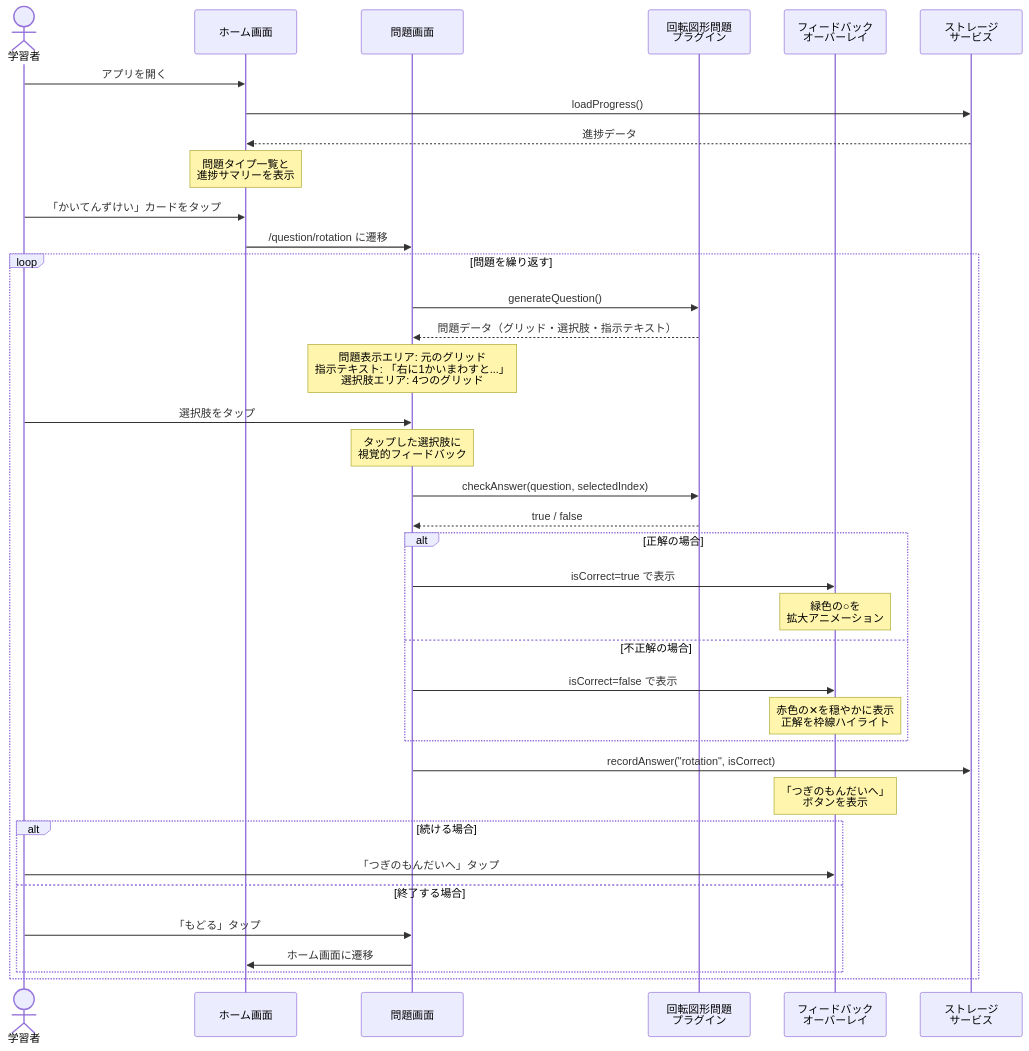
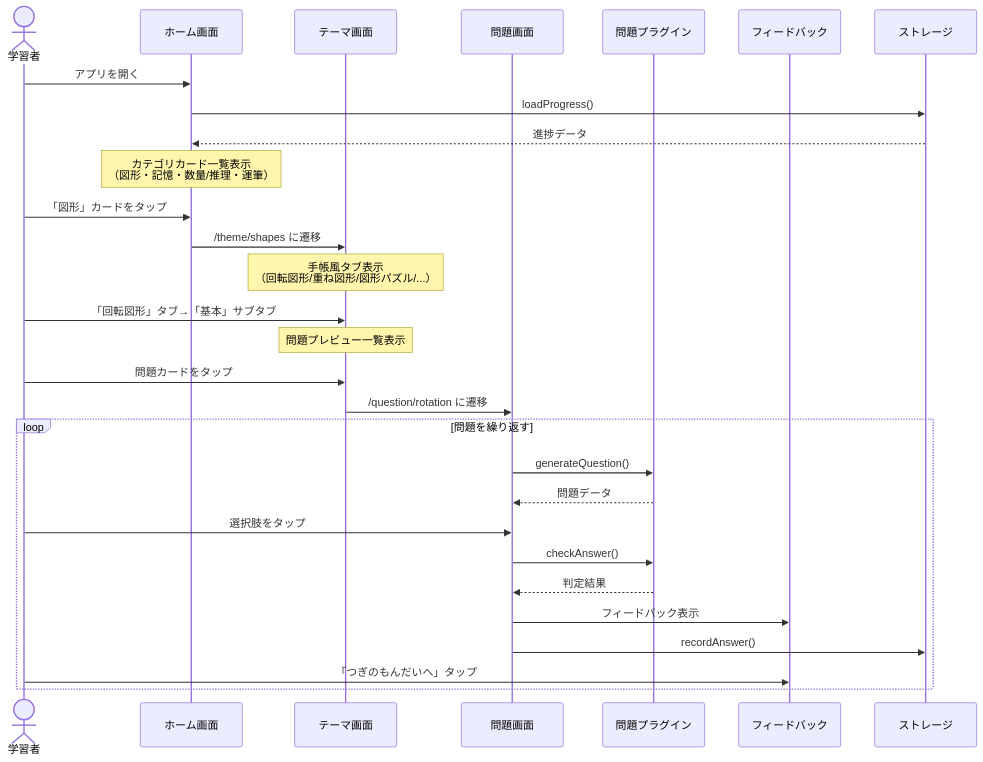
Before and after one commit to motani-info/minatore: the fourth of 9 diagrams in .kiro/specs/elementary-exam-app/design.md, drawn with Mermaid. The commit also changed other lines of this file and 3 other files, not shown here.

````diff
--- a/.kiro/specs/elementary-exam-app/design.md
+++ b/.kiro/specs/elementary-exam-app/design.md
@@ -153,46 +196,36 @@
 ```mermaid
 sequenceDiagram
     actor 学習者
     participant Home as ホーム画面
+    participant Theme as テーマ画面
     participant QScreen as 問題画面
-    participant Plugin as 回転図形問題<br/>プラグイン
-    participant Feedback as フィードバック<br/>オーバーレイ
-    participant Storage as ストレージ<br/>サービス
+    participant Plugin as 問題プラグイン
+    participant Feedback as フィードバック
+    participant Storage as ストレージ
 
     学習者->>Home: アプリを開く
     Home->>Storage: loadProgress()
     Storage-->>Home: 進捗データ
-    Note over Home: 問題タイプ一覧と<br/>進捗サマリーを表示
+    Note over Home: カテゴリカード一覧表示<br/>（図形・記憶・数量/推理・運筆）
 
-    学習者->>Home: 「かいてんずけい」カードをタップ
-    Home->>QScreen: /question/rotation に遷移
+    学習者->>Home: 「図形」カードをタップ
+    Home->>Theme: /theme/shapes に遷移
+
+    Note over Theme: 手帳風タブ表示<br/>（回転図形/重ね図形/図形パズル/...）
+    学習者->>Theme: 「回転図形」タブ→「基本」サブタブ
+    Note over Theme: 問題プレビュー一覧表示
+
+    学習者->>Theme: 問題カードをタップ
+    Theme->>QScreen: /question/rotation に遷移
 
     loop 問題を繰り返す
         QScreen->>Plugin: generateQuestion()
-        Plugin-->>QScreen: 問題データ（グリッド・選択肢・指示テキスト）
-        Note over QScreen: 問題表示エリア: 元のグリッド<br/>指示テキスト: 「右に1かいまわすと...」<br/>選択肢エリア: 4つのグリッド
-
+        Plugin-->>QScreen: 問題データ
         学習者->>QScreen: 選択肢をタップ
-        Note over QScreen: タップした選択肢に<br/>視覚的フィードバック
-        QScreen->>Plugin: checkAnswer(question, selectedIndex)
-        Plugin-->>QScreen: true / false
-
-        alt 正解の場合
-            QScreen->>Feedback: isCorrect=true で表示
-            Note over Feedback: 緑色の○を<br/>拡大アニメーション
-        else 不正解の場合
-            QScreen->>Feedback: isCorrect=false で表示
-            Note over Feedback: 赤色の✕を穏やかに表示<br/>正解を枠線ハイライト
-        end
-
-        QScreen->>Storage: recordAnswer("rotation", isCorrect)
-        Note over Feedback: 「つぎのもんだいへ」<br/>ボタンを表示
-
-        alt 続ける場合
-            学習者->>Feedback: 「つぎのもんだいへ」タップ
-        else 終了する場合
-            学習者->>QScreen: 「もどる」タップ
-            QScreen->>Home: ホーム画面に遷移
-        end
+        QScreen->>Plugin: checkAnswer()
+        Plugin-->>QScreen: 判定結果
+        QScreen->>Feedback: フィードバック表示
+        QScreen->>Storage: recordAnswer()
+        学習者->>Feedback: 「つぎのもんだいへ」タップ
     end
 ```
````
